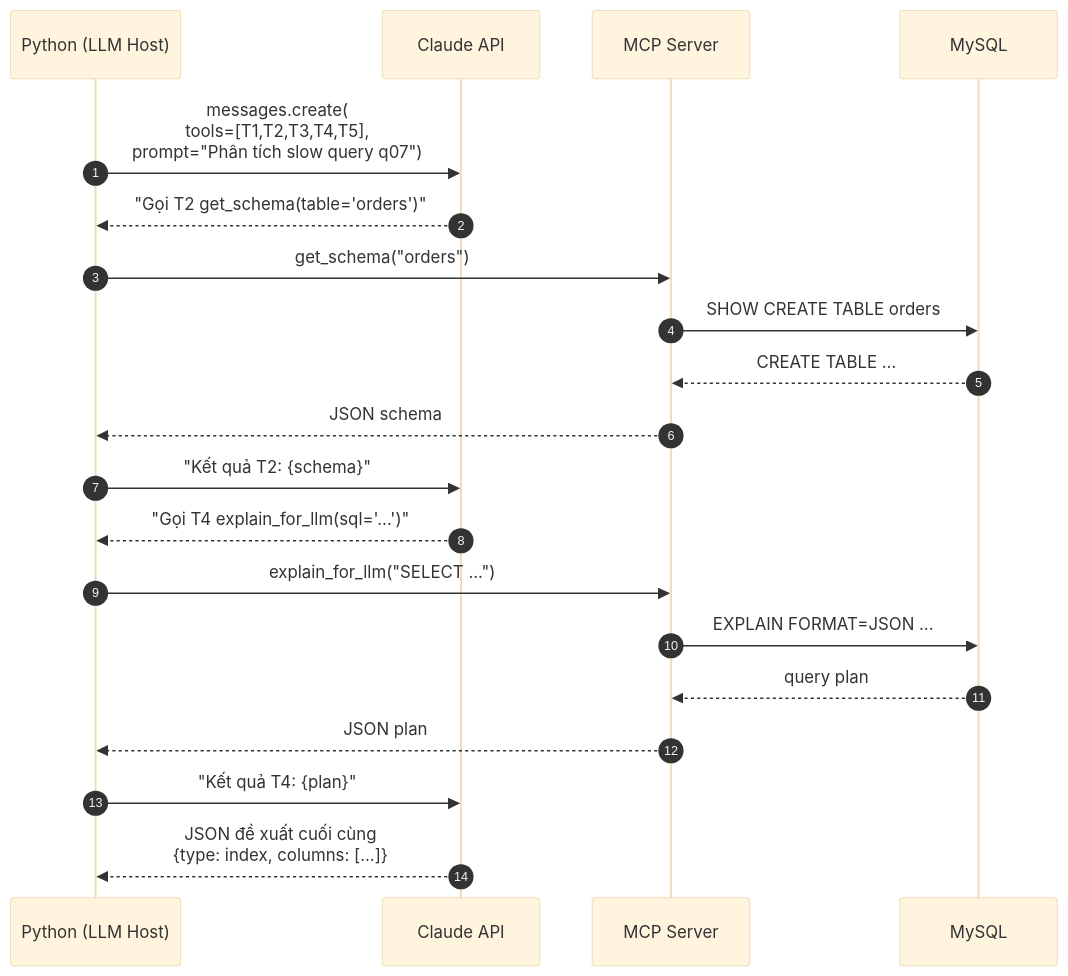
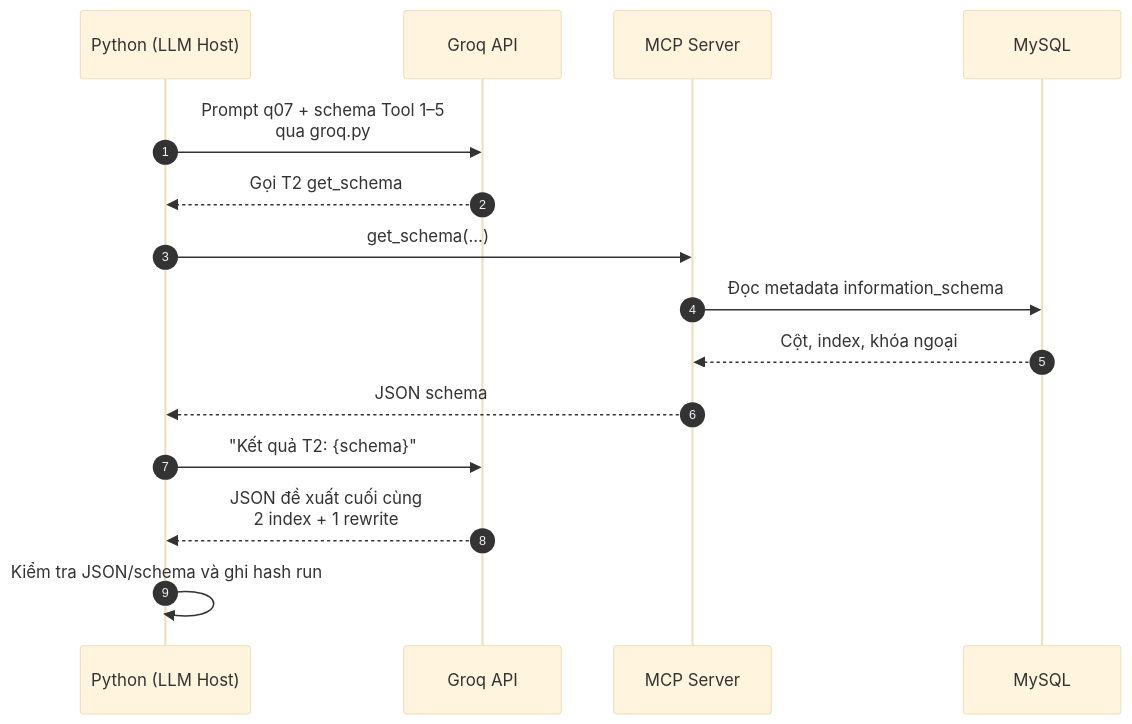
Before and after one commit to lam-vu6868/mcp-slowquery-optimizer: the second of 8 diagrams in docs/architecture.md, drawn with Mermaid (base theme). The commit also changed other lines of this file, not shown here.

Commit message:
docs: dùng groq

````diff
--- a/docs/architecture.md
+++ b/docs/architecture.md
@@ -188,23 +188,18 @@
 ```mermaid
 sequenceDiagram
     autonumber
     participant PY as Python (LLM Host)
-    participant CL as Claude API
+    participant CL as Groq API
     participant MCP as MCP Server
     participant DB as MySQL
 
-    PY->>CL: messages.create(<br/>tools=[T1,T2,T3,T4,T5],<br/>prompt="Phân tích slow query q07")
-    CL-->>PY: "Gọi T2 get_schema(table='orders')"
-    PY->>MCP: get_schema("orders")
-    MCP->>DB: SHOW CREATE TABLE orders
-    DB-->>MCP: CREATE TABLE ...
+    PY->>CL: Prompt q07 + schema Tool 1–5<br/>qua groq.py
+    CL-->>PY: Gọi T2 get_schema
+    PY->>MCP: get_schema(...)
+    MCP->>DB: Đọc metadata information_schema
+    DB-->>MCP: Cột, index, khóa ngoại
     MCP-->>PY: JSON schema
     PY->>CL: "Kết quả T2: {schema}"
-    CL-->>PY: "Gọi T4 explain_for_llm(sql='...')"
-    PY->>MCP: explain_for_llm("SELECT ...")
-    MCP->>DB: EXPLAIN FORMAT=JSON ...
-    DB-->>MCP: query plan
-    MCP-->>PY: JSON plan
-    PY->>CL: "Kết quả T4: {plan}"
-    CL-->>PY: JSON đề xuất cuối cùng<br/>{type: index, columns: [...]}
+    CL-->>PY: JSON đề xuất cuối cùng<br/>2 index + 1 rewrite
+    PY->>PY: Kiểm tra JSON/schema và ghi hash run
 ```
````
